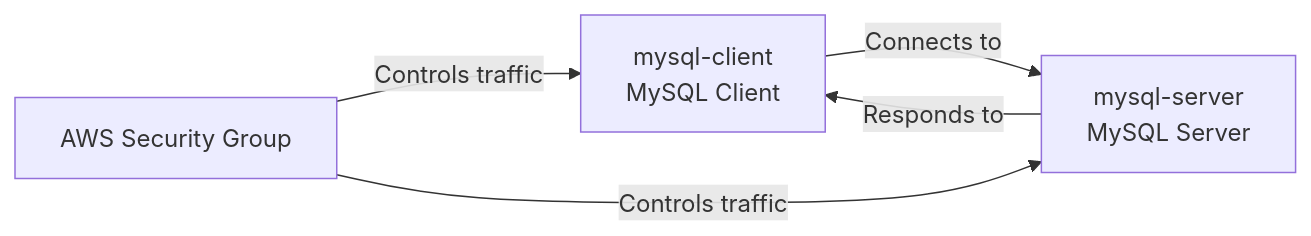
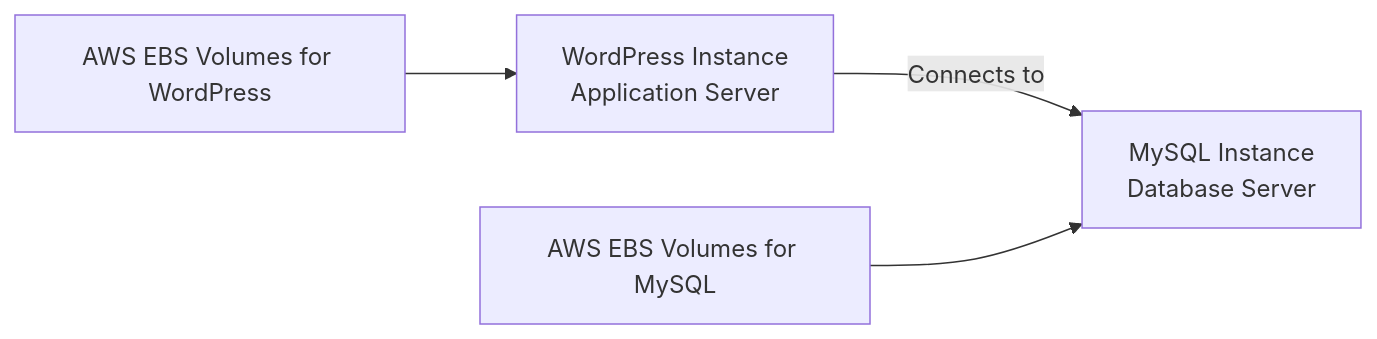
Before and after one commit to fmanimashaun/Steghub-DevOps-training: the diagram in Web_solution_with_wordpress/README.md, drawn with Mermaid. The commit also changed other lines of this file and 26 other files, not shown here.

````diff
--- a/Web_solution_with_wordpress/README.md
+++ b/Web_solution_with_wordpress/README.md
@@ -46,7 +48,6 @@
 ```mermaid
 graph LR
-    A[mysql-client<br>MySQL Client] -->|Connects to| B[mysql-server<br>MySQL Server]
-    B -->|Responds to| A
-    C[AWS Security Group] -->|Controls traffic| A
-    C -->|Controls traffic| B
+    A[WordPress Instance<br>Application Server] -->|Connects to| B[MySQL Instance<br>Database Server]
+    C[AWS EBS Volumes for WordPress] --> A
+    D[AWS EBS Volumes for MySQL] --> B
 ```
````
